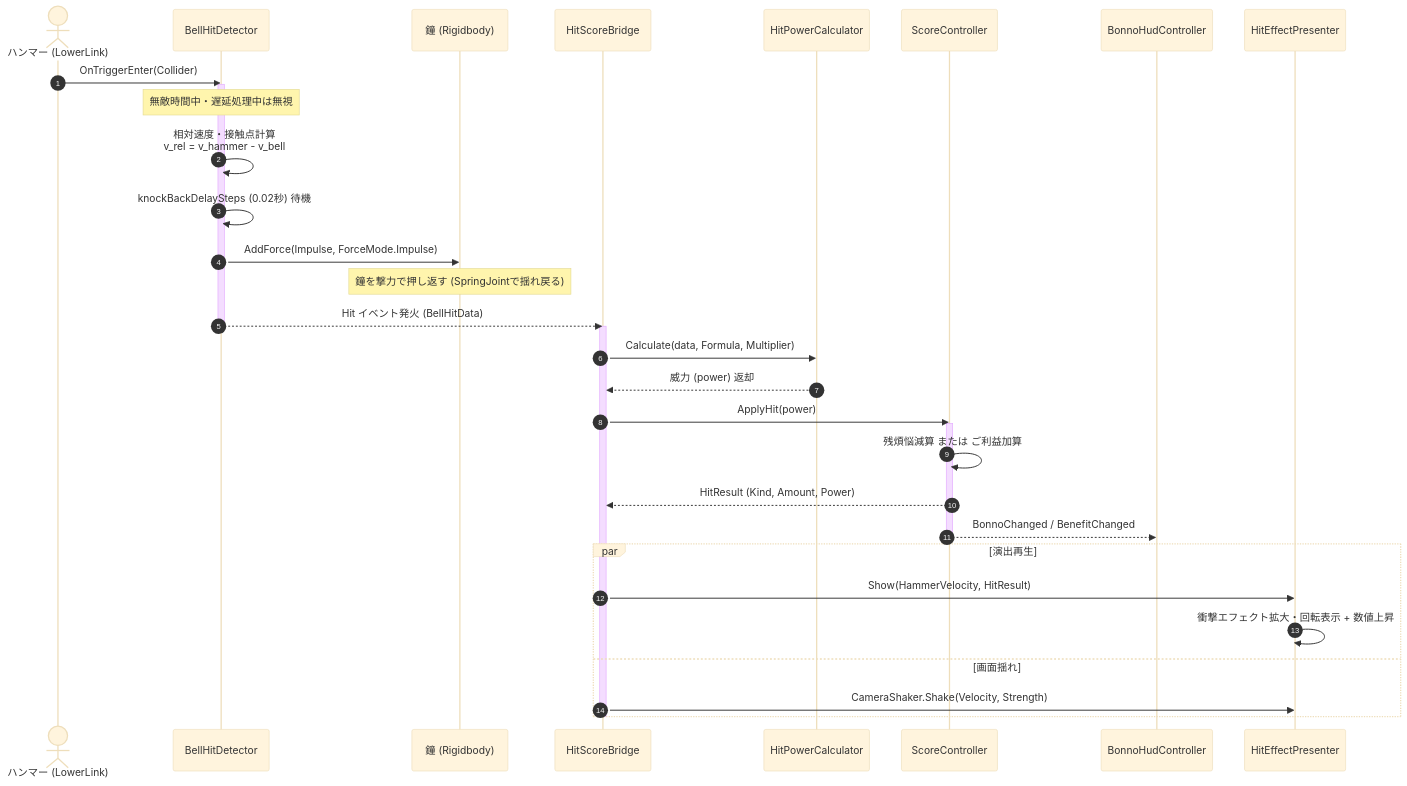
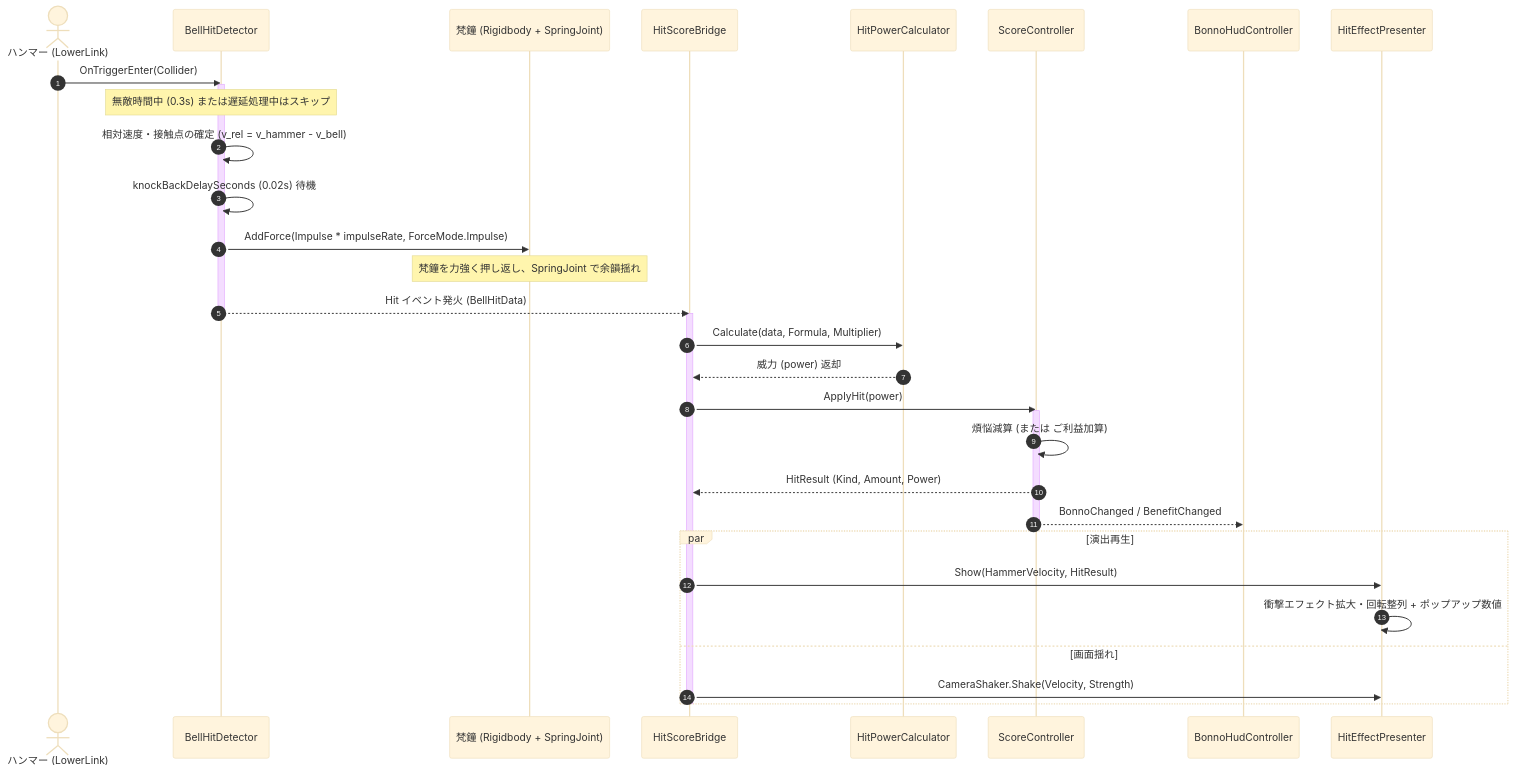
The sixth of 8 diagrams in README.md (aptmara/Crane-Public), drawn with Mermaid (base theme) before and after one commit. The commit also changed other lines of this file and 7 other files, not shown here.

````diff
--- a/README.md
+++ b/README.md
@@ -242,40 +335,41 @@
 ```mermaid
 sequenceDiagram
     autonumber
     actor Hammer as ハンマー (LowerLink)
     participant Detector as BellHitDetector
-    participant Bell as 鐘 (Rigidbody)
+    participant Bell as 梵鐘 (Rigidbody + SpringJoint)
     participant Bridge as HitScoreBridge
     participant Calc as HitPowerCalculator
     participant Score as ScoreController
     participant UI as BonnoHudController
     participant FX as HitEffectPresenter
 
     Hammer ->> Detector: OnTriggerEnter(Collider)
     activate Detector
-    Note over Detector: 無敵時間中・遅延処理中は無視
-    Detector ->> Detector: 相対速度・接触点計算<br/>v_rel = v_hammer - v_bell
-    Detector ->> Detector: knockBackDelaySteps (0.02秒) 待機
-    Detector ->> Bell: AddForce(Impulse, ForceMode.Impulse)
-    Note over Bell: 鐘を撃力で押し返す (SpringJointで揺れ戻る)
+    Note over Detector: 無敵時間中 (0.3s) または遅延処理中はスキップ
+    Detector ->> Detector: 相対速度・接触点の確定 (v_rel = v_hammer - v_bell)
+    
+    Detector ->> Detector: knockBackDelaySeconds (0.02s) 待機
+    Detector ->> Bell: AddForce(Impulse * impulseRate, ForceMode.Impulse)
+    Note over Bell: 梵鐘を力強く押し返し、SpringJoint で余韻揺れ
     Detector -->> Bridge: Hit イベント発火 (BellHitData)
     deactivate Detector
 
     activate Bridge
     Bridge ->> Calc: Calculate(data, Formula, Multiplier)
     Calc -->> Bridge: 威力 (power) 返却
     Bridge ->> Score: ApplyHit(power)
     activate Score
-    Score ->> Score: 残煩悩減算 または ご利益加算
+    Score ->> Score: 煩悩減算 (または ご利益加算)
     Score -->> Bridge: HitResult (Kind, Amount, Power)
     Score -->> UI: BonnoChanged / BenefitChanged
     deactivate Score
 
     par 演出再生
         Bridge ->> FX: Show(HammerVelocity, HitResult)
-        FX ->> FX: 衝撃エフェクト拡大・回転表示 + 数値上昇
+        FX ->> FX: 衝撃エフェクト拡大・回転整列 + ポップアップ数値
     and 画面揺れ
         Bridge ->> FX: CameraShaker.Shake(Velocity, Strength)
     end
     deactivate Bridge
 ```
````
